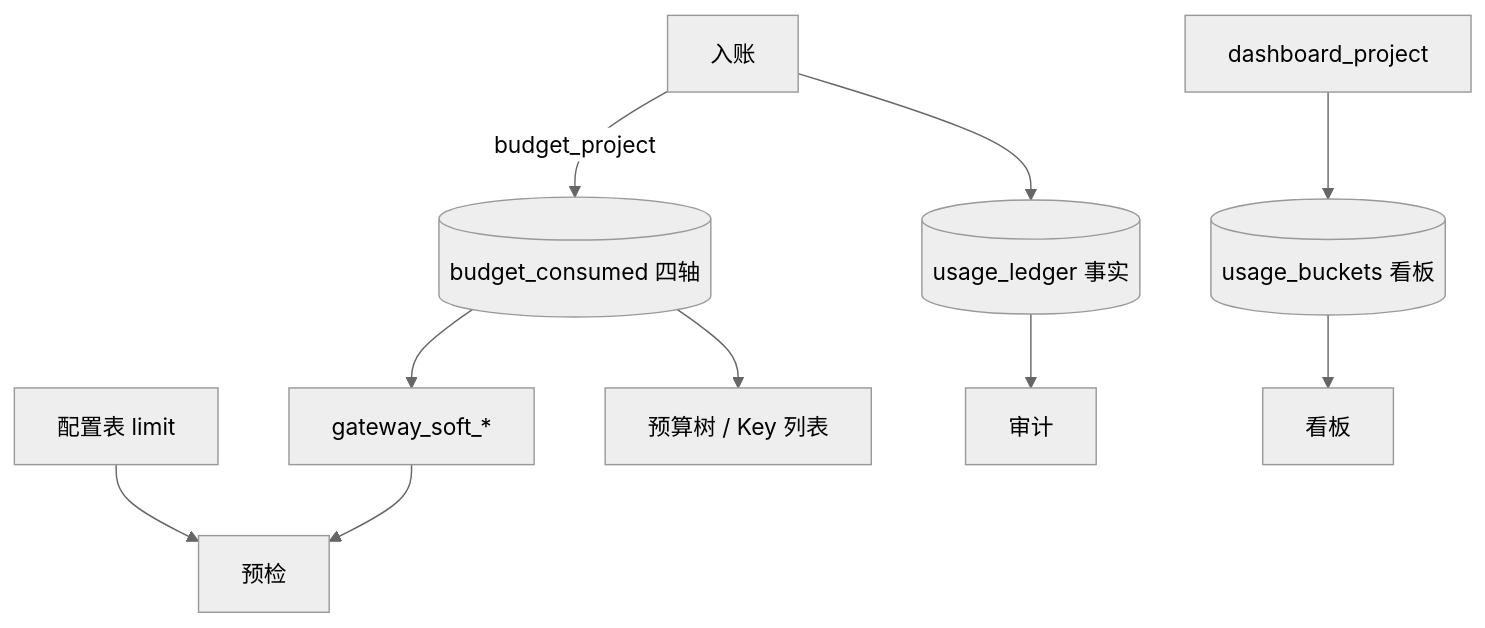
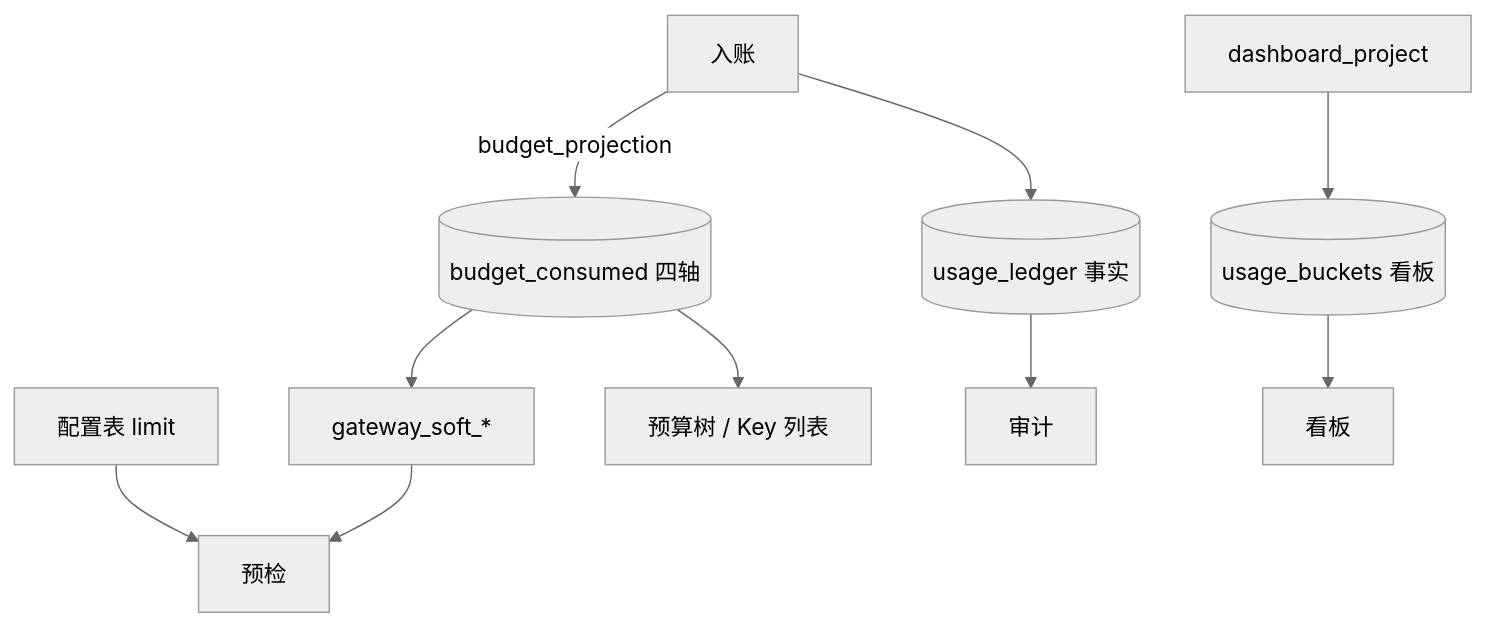
Before and after one commit to quyip8818/mytokenjoy: the sixth of 10 diagrams in docs/Backend-预算.md, drawn with Mermaid (neutral theme). The commit also changed other lines of this file and 175 other files, not shown here.

````diff
--- a/docs/Backend-预算.md
+++ b/docs/Backend-预算.md
@@ -252,18 +250,18 @@
 ```mermaid
 flowchart TB
   UL[(usage_ledger 事实)]
   BS[(budget_consumed 四轴)]
   GS[gateway_soft_*]
   UB[(usage_buckets 看板)]
   CFG[配置表 limit]
 
   ING[入账] --> UL
-  ING -->|budget_project| BS
+  ING -->|budget_projection| BS
   BS --> GS
   PER[dashboard_project] --> UB
   CFG --> GW[预检]
   GS --> GW
   BS --> UI[预算树 / Key 列表]
   UL --> AUD[审计]
   UB --> DASH[看板]
 ```
````
